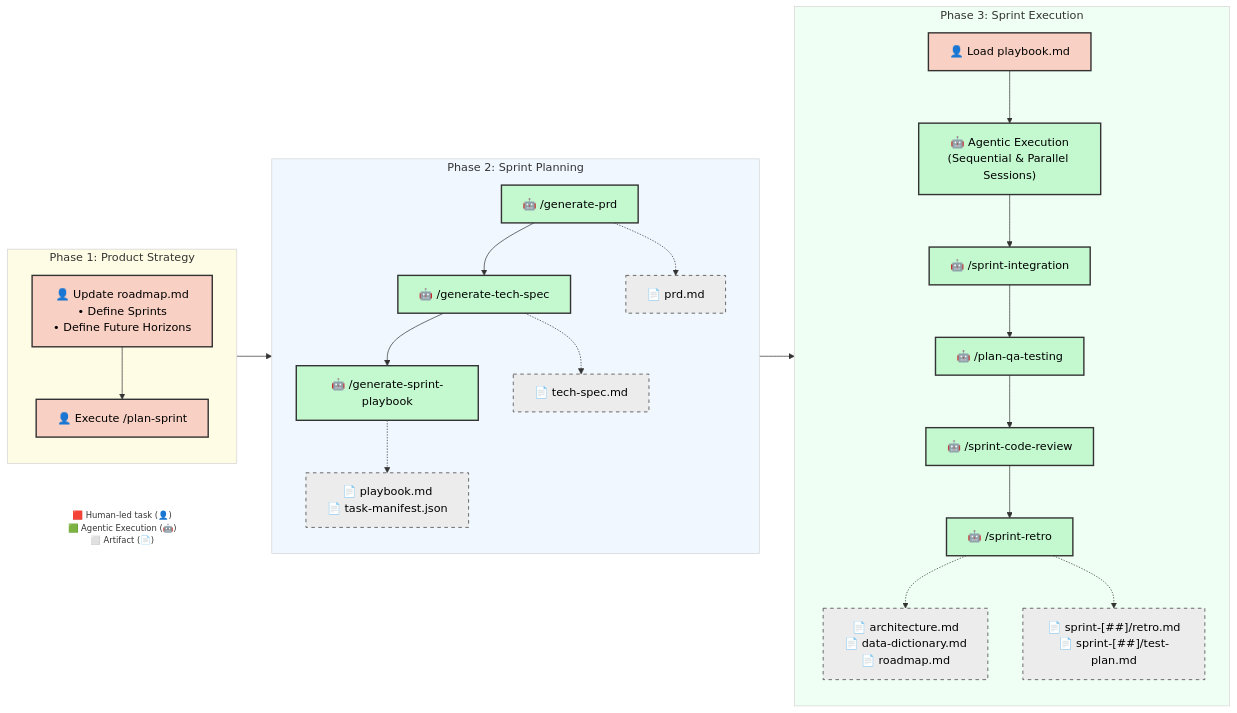
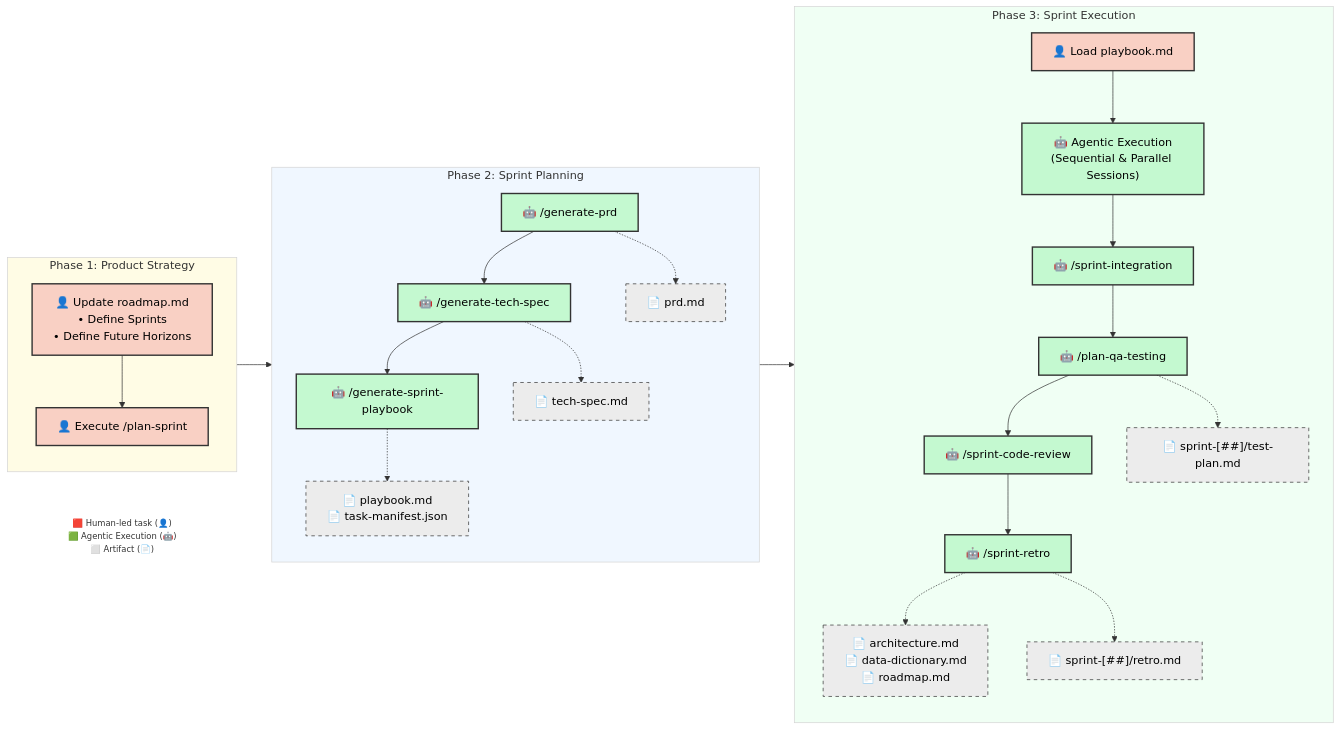
The diagram in .agents/SDLC.md (dsj1984/agent-protocols), drawn with Mermaid before and after one commit. The commit also changed other lines of this file, not shown here.

Commit message:
docs: relocate test-plan.md to /plan-qa-testing in SDLC diagram and text

````diff
--- a/.agents/SDLC.md
+++ b/.agents/SDLC.md
@@ -22,60 +22,61 @@
 ```mermaid
     graph LR
     classDef manual fill:#f9d0c4,stroke:#333,stroke-width:2px,color:#000;
     classDef agentic fill:#c4f9d0,stroke:#333,stroke-width:2px,color:#000;
     classDef artifact fill:#ececec,stroke:#333,stroke-width:1px,stroke-dasharray: 5 5,color:#000;
     classDef LegendNode fill:transparent,stroke:transparent,font-size:12px;
 
     %% Legend
     Legend["🟥 Human-led task (👤)<br/>🟩 Agentic Execution (🤖)<br/>⬜ Artifact (📄)"]:::LegendNode
 
     %% Phase 1: Product Strategy
     subgraph Phase1 ["Phase 1: Product Strategy"]
         direction TB
         B["👤 Update roadmap.md<br/>• Define Sprints<br/>• Define Future Horizons"]:::manual
         D["👤 Execute /plan-sprint"]:::manual
         B --> D
     end
 
     %% Phase 2: Automated Planning
     subgraph Phase2 ["Phase 2: Sprint Planning"]
         direction TB
         F["🤖 /generate-prd"]:::agentic
         G["🤖 /generate-tech-spec"]:::agentic
         H["🤖 /generate-sprint-playbook"]:::agentic
 
         F --> G
         G --> H
 
         F -.-> F_Art["📄 prd.md"]:::artifact
         G -.-> G_Art["📄 tech-spec.md"]:::artifact
         H -.-> H_Art["📄 playbook.md<br/>📄 task-manifest.json"]:::artifact
     end
 
     %% Phase 3: Execution & Closure
     subgraph Phase3 ["Phase 3: Sprint Execution"]
         direction TB
         I["👤 Load playbook.md"]:::manual
         J["🤖 Agentic Execution<br/>(Sequential & Parallel Sessions)"]:::agentic
         K["🤖 /sprint-integration"]:::agentic
         L["🤖 /plan-qa-testing"]:::agentic
         O["🤖 /sprint-code-review"]:::agentic
         P["🤖 /sprint-retro"]:::agentic
 
         I --> J
         J --> K
         K --> L
         L --> O
         O --> P
 
+        L -.-> L_Art["📄 sprint-[##]/test-plan.md"]:::artifact
         P -.-> Q["📄 architecture.md<br/>📄 data-dictionary.md<br/>📄 roadmap.md"]:::artifact
-        P -.-> R["📄 sprint-[##]/retro.md<br/>📄 sprint-[##]/test-plan.md"]:::artifact
+        P -.-> R["📄 sprint-[##]/retro.md"]:::artifact
     end
 
     style Phase1 fill:#fffce5,stroke:#d4d4d4,padding:0px
     style Phase2 fill:#f0f7ff,stroke:#d4d4d4,padding:0px
     style Phase3 fill:#f0fff4,stroke:#d4d4d4,padding:0px
 
     D --> F
     H_Art --> I
 ```
````
